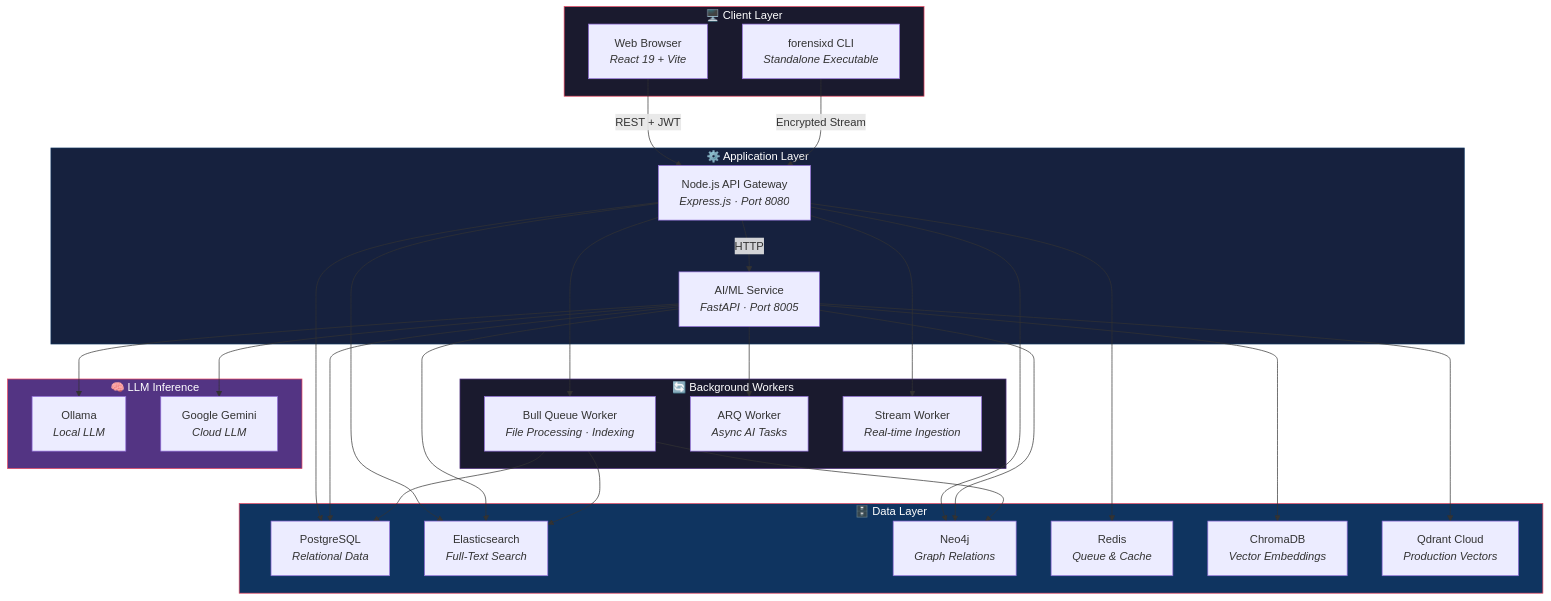
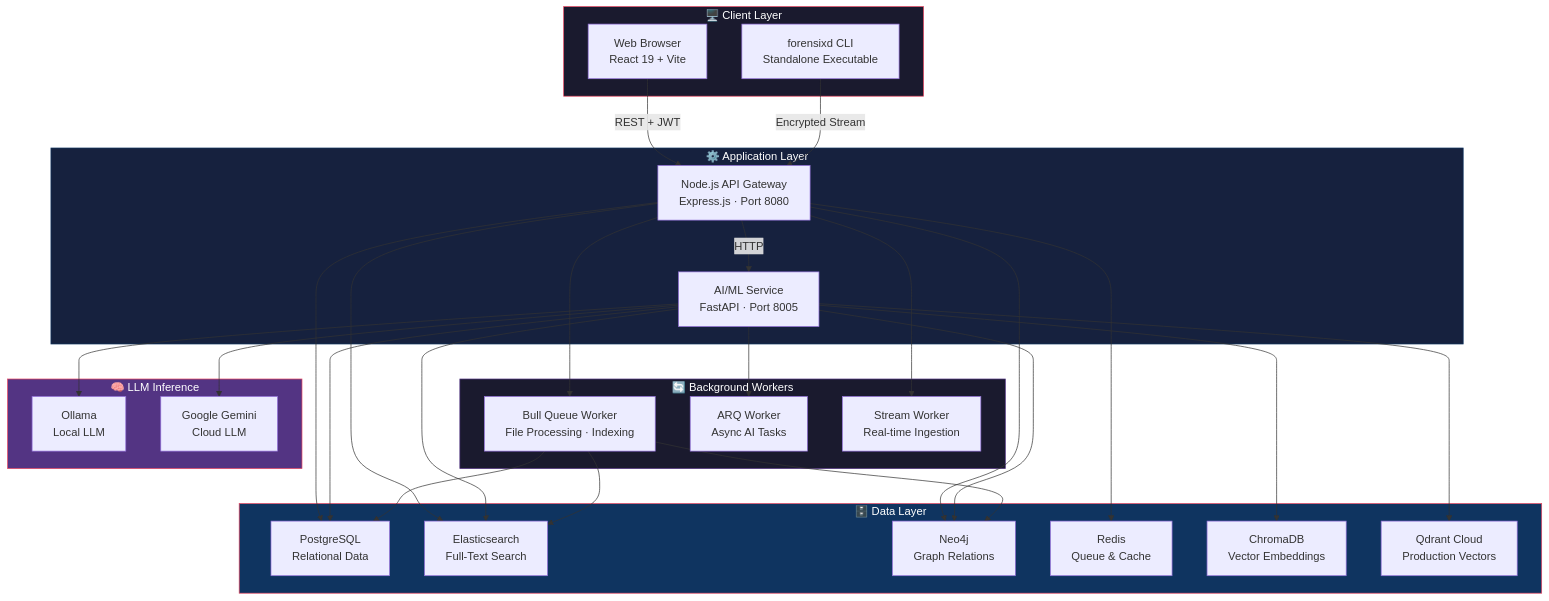
One commit to beingbrijesh/CopSight changed the first of 7 diagrams in README.md. Above: the diagram before and after it, drawn with Mermaid. The commit also changed other lines of this file and 4 other files, not shown here.

Commit message:
docs: Fix Mermaid diagram text cropping and add professional Contributors section

````diff
--- a/README.md
+++ b/README.md
@@ -72,49 +72,49 @@
 ```mermaid
 graph TB
     subgraph ClientLayer["🖥️ Client Layer"]
-        Browser["Web Browser<br/><i>React 19 + Vite</i>"]
-        CLI["forensixd CLI<br/><i>Standalone Executable</i>"]
+        Browser["Web Browser<br/>React 19 + Vite"]
+        CLI["forensixd CLI<br/>Standalone Executable"]
     end
 
     subgraph AppLayer["⚙️ Application Layer"]
-        Backend["Node.js API Gateway<br/><i>Express.js · Port 8080</i>"]
-        AIService["AI/ML Service<br/><i>FastAPI · Port 8005</i>"]
+        Backend["Node.js API Gateway<br/>Express.js · Port 8080"]
+        AIService["AI/ML Service<br/>FastAPI · Port 8005"]
     end
 
     subgraph WorkerLayer["🔄 Background Workers"]
-        BullWorker["Bull Queue Worker<br/><i>File Processing · Indexing</i>"]
-        ARQWorker["ARQ Worker<br/><i>Async AI Tasks</i>"]
-        StreamWorker["Stream Worker<br/><i>Real-time Ingestion</i>"]
+        BullWorker["Bull Queue Worker<br/>File Processing · Indexing"]
+        ARQWorker["ARQ Worker<br/>Async AI Tasks"]
+        StreamWorker["Stream Worker<br/>Real-time Ingestion"]
     end
 
     subgraph DataLayer["🗄️ Data Layer"]
-        PG["PostgreSQL<br/><i>Relational Data</i>"]
-        ES["Elasticsearch<br/><i>Full-Text Search</i>"]
-        Neo["Neo4j<br/><i>Graph Relations</i>"]
-        Redis["Redis<br/><i>Queue & Cache</i>"]
-        Chroma["ChromaDB<br/><i>Vector Embeddings</i>"]
-        Qdrant["Qdrant Cloud<br/><i>Production Vectors</i>"]
+        PG["PostgreSQL<br/>Relational Data"]
+        ES["Elasticsearch<br/>Full-Text Search"]
+        Neo["Neo4j<br/>Graph Relations"]
+        Redis["Redis<br/>Queue & Cache"]
+        Chroma["ChromaDB<br/>Vector Embeddings"]
+        Qdrant["Qdrant Cloud<br/>Production Vectors"]
     end
 
     subgraph LLMLayer["🧠 LLM Inference"]
-        Ollama["Ollama<br/><i>Local LLM</i>"]
-        Gemini["Google Gemini<br/><i>Cloud LLM</i>"]
+        Ollama["Ollama<br/>Local LLM"]
+        Gemini["Google Gemini<br/>Cloud LLM"]
     end
 
     Browser -->|"REST + JWT"| Backend
     CLI -->|"Encrypted Stream"| Backend
     Backend -->|"HTTP"| AIService
     Backend --> BullWorker
     AIService --> ARQWorker
     Backend --> StreamWorker
     Backend --> PG & ES & Neo & Redis
     AIService --> PG & ES & Neo & Chroma & Qdrant
     AIService --> Ollama & Gemini
     BullWorker --> PG & ES & Neo
 
     style ClientLayer fill:#1a1a2e,stroke:#e94560,color:#fff
     style AppLayer fill:#16213e,stroke:#0f3460,color:#fff
     style WorkerLayer fill:#1a1a2e,stroke:#533483,color:#fff
     style DataLayer fill:#0f3460,stroke:#e94560,color:#fff
     style LLMLayer fill:#533483,stroke:#e94560,color:#fff
 ```
````
